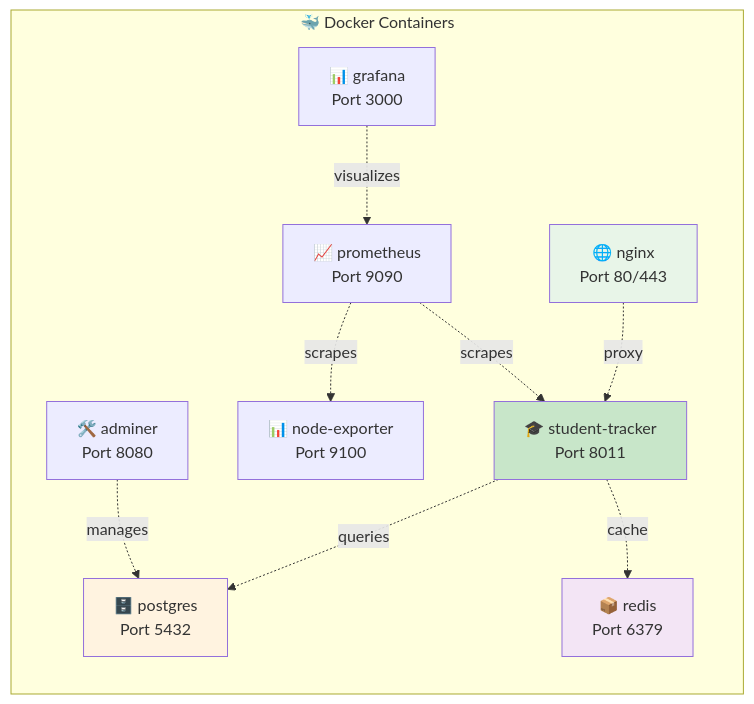
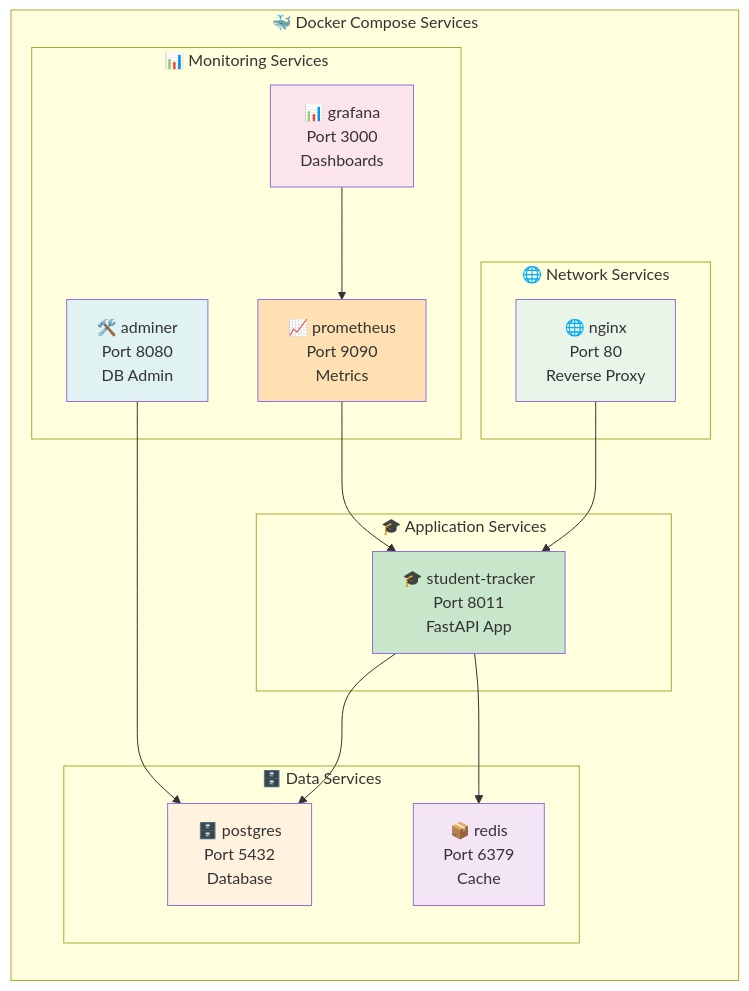
One commit to bonaventuresimeon/NativeSeries changed the second of 9 diagrams in README.md. Above: the diagram before and after it, drawn with Mermaid. The commit also changed other lines of this file, not shown here.

Commit message:
Update README with comprehensive deployment, architecture, and feature details

````diff
--- a/README.md
+++ b/README.md
@@ -66,26 +100,38 @@
 ```mermaid
 graph LR
-    subgraph "🐳 Docker Containers"
-        ST[🎓 student-tracker<br/>Port 8011]
-        PG[🗄️ postgres<br/>Port 5432]
-        RD[📦 redis<br/>Port 6379]
-        NX[🌐 nginx<br/>Port 80/443]
-        PR[📈 prometheus<br/>Port 9090]
-        GR[📊 grafana<br/>Port 3000]
-        AD[🛠️ adminer<br/>Port 8080]
-        NE[📊 node-exporter<br/>Port 9100]
+    subgraph "🐳 Docker Compose Services"
+        subgraph "🎓 Application Services"
+            ST[🎓 student-tracker<br/>Port 8011<br/>FastAPI App]
+        end
+        
+        subgraph "🗄️ Data Services"
+            PG[🗄️ postgres<br/>Port 5432<br/>Database]
+            RD[📦 redis<br/>Port 6379<br/>Cache]
+        end
+        
+        subgraph "🌐 Network Services"
+            NX[🌐 nginx<br/>Port 80<br/>Reverse Proxy]
+        end
+        
+        subgraph "📊 Monitoring Services"
+            PR[📈 prometheus<br/>Port 9090<br/>Metrics]
+            GR[📊 grafana<br/>Port 3000<br/>Dashboards]
+            AD[🛠️ adminer<br/>Port 8080<br/>DB Admin]
+        end
     end
     
-    ST -.->|queries| PG
-    ST -.->|cache| RD
-    NX -.->|proxy| ST
-    PR -.->|scrapes| ST
-    PR -.->|scrapes| NE
-    GR -.->|visualizes| PR
-    AD -.->|manages| PG
+    NX --> ST
+    ST --> PG
+    ST --> RD
+    PR --> ST
+    GR --> PR
+    AD --> PG
     
     style ST fill:#c8e6c9
     style PG fill:#fff3e0
     style RD fill:#f3e5f5
     style NX fill:#e8f5e8
+    style PR fill:#ffe0b2
+    style GR fill:#fce4ec
+    style AD fill:#e0f2f1
 ```
````
